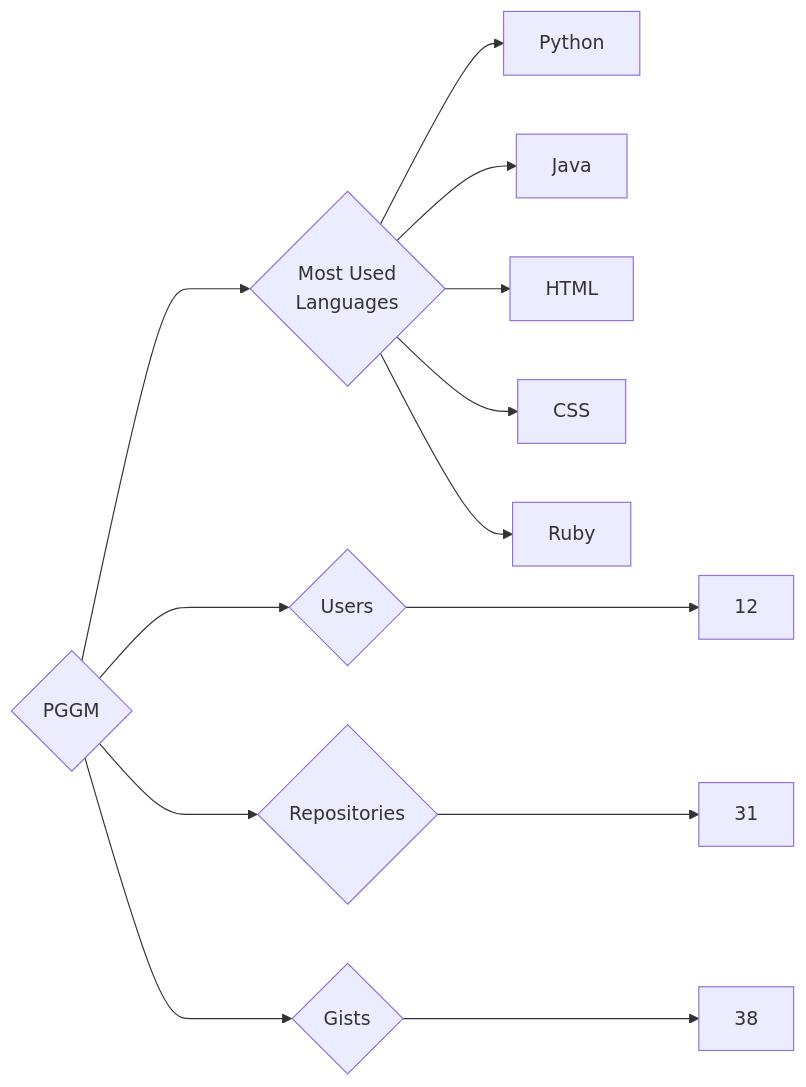
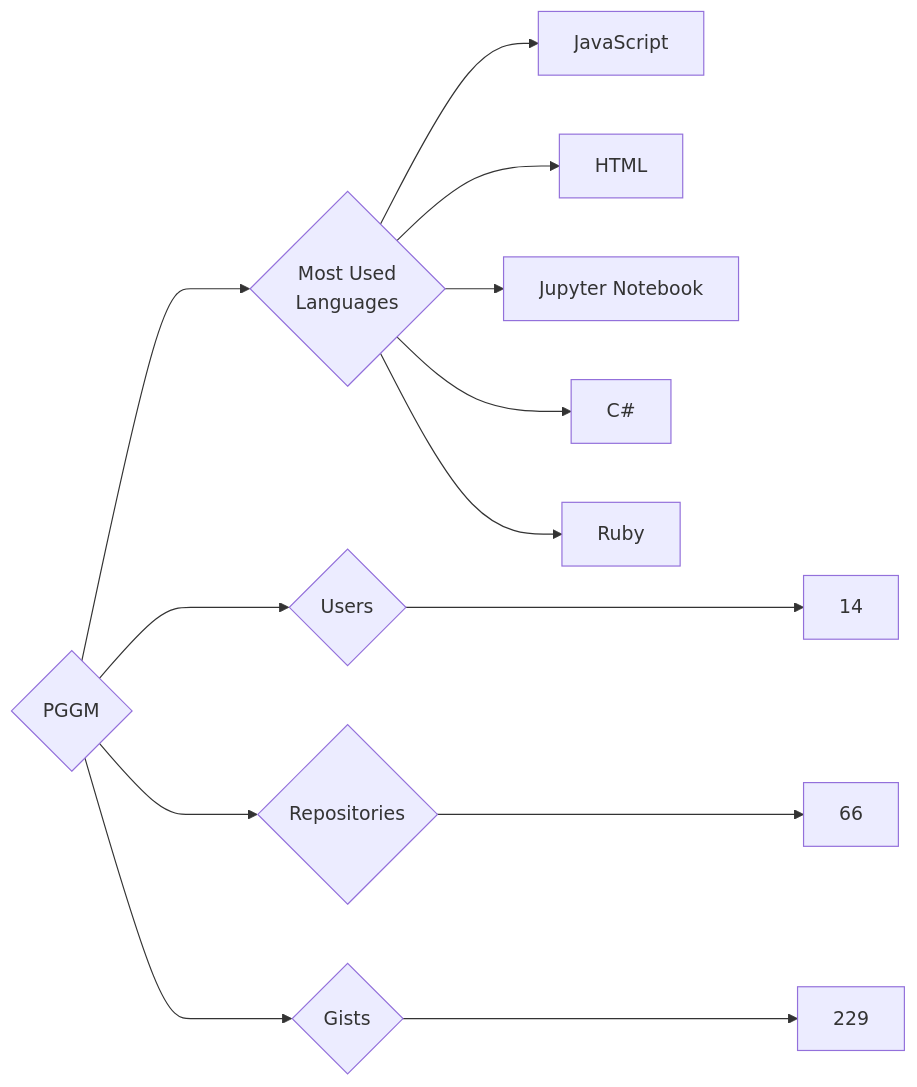
Before and after one commit to trickest/insiders: the diagram in targets/PGGM/README.md, drawn with Mermaid. The commit also changed 972 other files, not shown here.

````diff
--- a/targets/PGGM/README.md
+++ b/targets/PGGM/README.md
@@ -3,13 +3,13 @@
 ```mermaid
 graph LR
 COMPANY_NAME{PGGM}
-COMPANY_NAME ---> U{Users} ---> UN[12]
-COMPANY_NAME ---> R{Repositories} ---> RN[31]
-COMPANY_NAME ---> G{Gists} ---> GN[38]
+COMPANY_NAME ---> U{Users} ---> UN[14]
+COMPANY_NAME ---> R{Repositories} ---> RN[66]
+COMPANY_NAME ---> G{Gists} ---> GN[229]
 COMPANY_NAME ---> ML{Most Used<br>Languages}
-ML --> Python[Python]
-ML --> Java[Java]
+ML --> JavaScript[JavaScript]
 ML --> HTML[HTML]
-ML --> CSS[CSS]
+ML --> Jupyter_Notebook[Jupyter Notebook]
+ML --> C#[C#]
 ML --> Ruby[Ruby]
 ```
````
